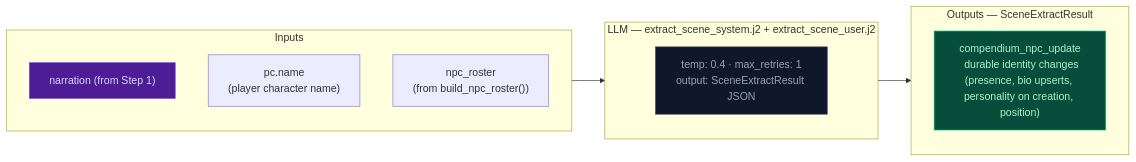
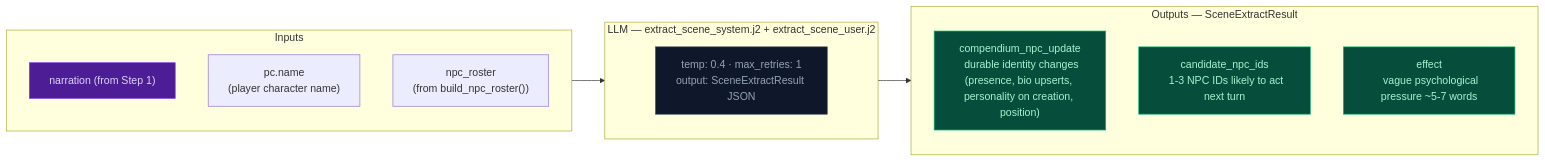
One commit to pww217/fablethread changed the diagram in docs/architecture/step2a-scene.md. Above: the diagram before and after it, drawn with Mermaid. The commit also changed other lines of this file and 15 other files, not shown here.

````diff
--- a/docs/architecture/step2a-scene.md
+++ b/docs/architecture/step2a-scene.md
@@ -7,23 +7,25 @@
 ```mermaid
 flowchart LR
     classDef llmNode fill:#0f172a,color:#94a3b8,stroke:#334155
     classDef xstream fill:#4c1d95,color:#ddd6fe,stroke:#7c3aed
     classDef outNode fill:#064e3b,color:#a7f3d0,stroke:#10b981
 
     subgraph IN["Inputs"]
         S1["narration (from Step 1)"]:::xstream
         S2["pc.name<br>(player character name)"]
         S3["npc_roster<br>(from build_npc_roster())"]
     end
 
     subgraph LLM2A["LLM — extract_scene_system.j2 + extract_scene_user.j2"]
         SL["temp: 0.4 · max_retries: 1<br>output: SceneExtractResult JSON"]:::llmNode
     end
 
     subgraph OUT["Outputs — SceneExtractResult"]
         O1["compendium_npc_update<br>  durable identity changes (presence, bio upserts, personality on creation, position)"]:::outNode
+        O2["candidate_npc_ids<br>  1-3 NPC IDs likely to act next turn"]:::outNode
+        O3["effect<br>  vague psychological pressure ~5-7 words"]:::outNode
     end
 
     IN --> LLM2A
     LLM2A --> OUT
 ```
````
